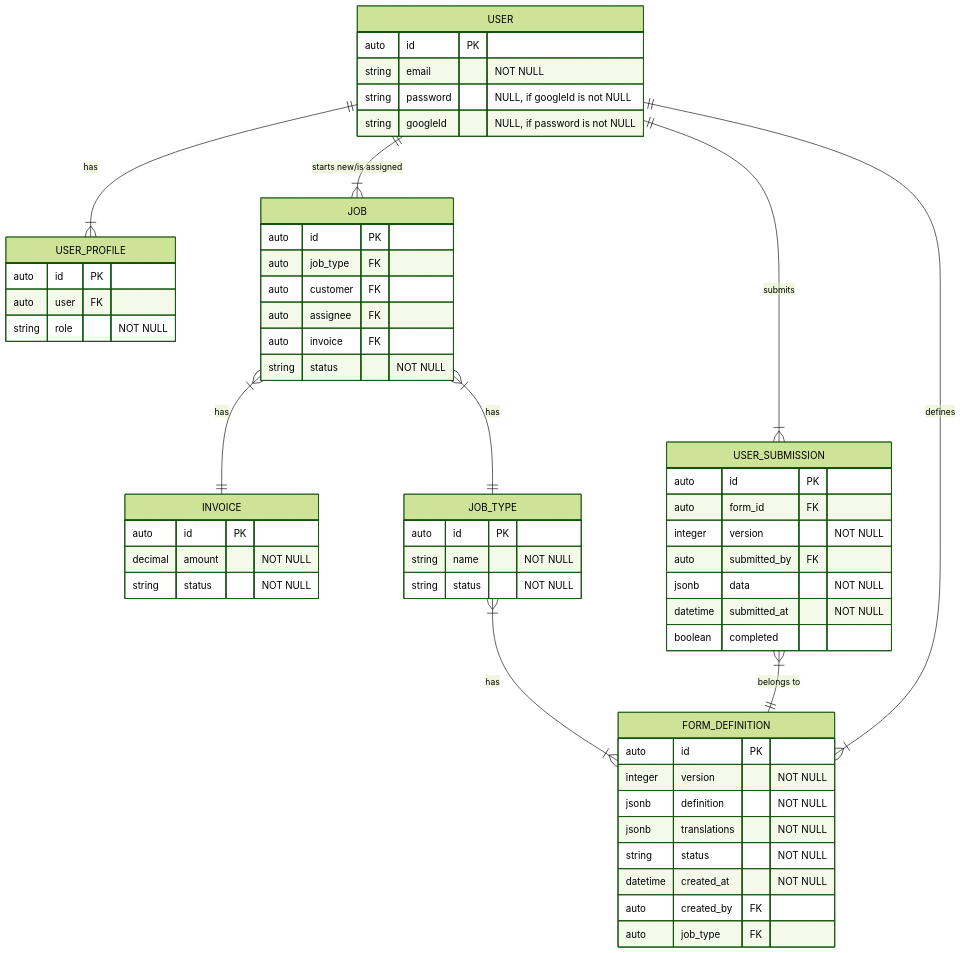
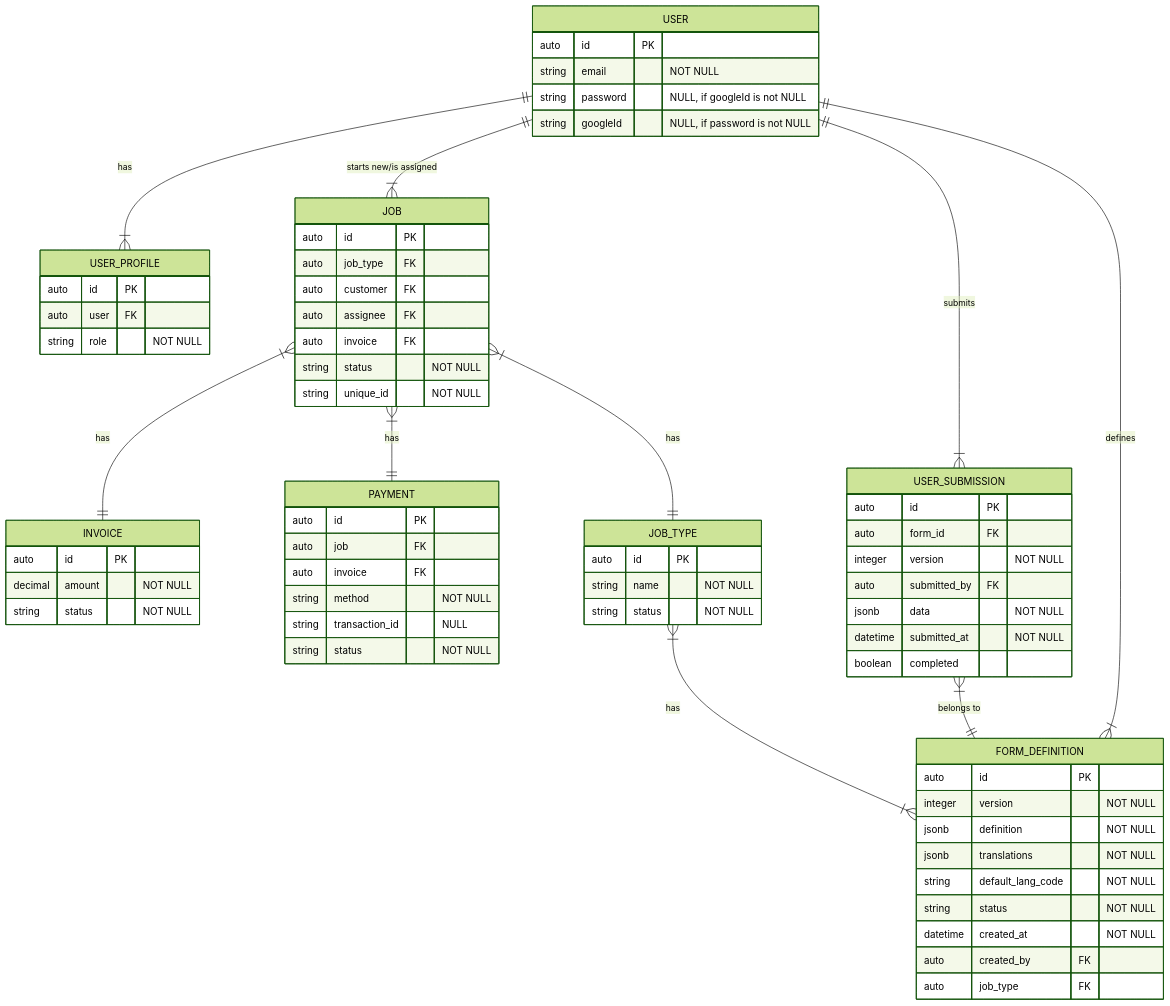
One commit to cango91/visa-consultancy changed the diagram in docs/architecture/ERD.mmd. Above: the diagram before and after it, drawn with Mermaid (forest theme). The commit also changed 13 other files, not shown here.

```diff
--- a/docs/architecture/ERD.mmd
+++ b/docs/architecture/ERD.mmd
@@ -1,57 +1,68 @@
 erDiagram
-    USER ||--|{USER_PROFILE: has
+ USER ||--|{USER_PROFILE: has
     USER{
         auto id PK
         string email "NOT NULL"
         string password "NULL, if googleId is not NULL"
         string googleId "NULL, if password is not NULL"
     }
     USER_PROFILE{
         auto id PK
         auto user FK
         string role "NOT NULL"
     }
     USER ||--|{JOB: "starts new/is assigned"
     JOB{
         auto id PK
         auto job_type FK
         auto customer FK
         auto assignee FK
         auto invoice FK
         string status "NOT NULL"
+        string unique_id "NOT NULL"
     }
     JOB}|--||INVOICE: has
     INVOICE{
         auto id PK
         decimal amount "NOT NULL"
+        string status "NOT NULL"
+    }
+    JOB}|--||PAYMENT: has
+    PAYMENT{
+        auto id PK
+        auto job FK
+        auto invoice FK
+        string method "NOT NULL"
+        string transaction_id "NULL"
         string status "NOT NULL"
     }
     JOB}|--||JOB_TYPE:has
     JOB_TYPE{
         auto id PK
         string name "NOT NULL"
         string status "NOT NULL"
     }
     JOB_TYPE}|--|{FORM_DEFINITION:has
     FORM_DEFINITION{
         auto id PK
         integer version "NOT NULL"
         jsonb definition "NOT NULL"
         jsonb translations "NOT NULL"
+        string default_lang_code "NOT NULL"
         string status "NOT NULL"
         datetime created_at "NOT NULL"
         auto created_by FK
         auto job_type FK
     }
     USER_SUBMISSION}|--||FORM_DEFINITION:"belongs to"
     USER_SUBMISSION{
         auto id PK
         auto form_id FK
         integer version "NOT NULL"
         auto submitted_by FK
         jsonb data "NOT NULL"
         datetime submitted_at "NOT NULL"
         boolean completed
     }
     USER||--|{USER_SUBMISSION:submits
     USER||--|{FORM_DEFINITION:defines
```
